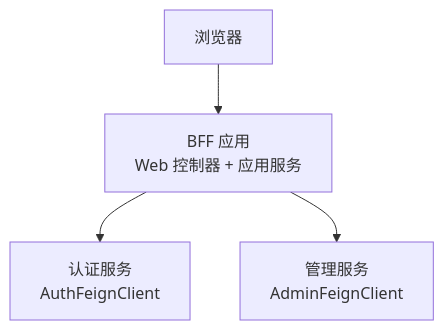
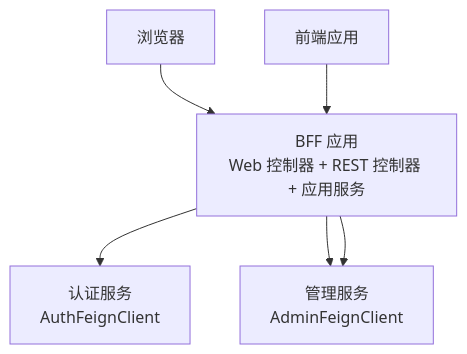
Before and after one commit to fq0121104930716/iam-platform: the second of 7 diagrams in .qoder/repowiki/zh/content/核心模块/前端代理服务器 (iam-bff-server).md, drawn with Mermaid. The commit also changed other lines of this file and 75 other files, not shown here.

````diff
--- a/.qoder/repowiki/zh/content/核心模块/前端代理服务器 (iam-bff-server).md
+++ b/.qoder/repowiki/zh/content/核心模块/前端代理服务器 (iam-bff-server).md
@@ -120,10 +147,13 @@
 ```mermaid
 graph TB
 Browser["浏览器"]
-BFF["BFF 应用<br/>Web 控制器 + 应用服务"]
+FrontendApp["前端应用"]
+BFF["BFF 应用<br/>Web 控制器 + REST 控制器 + 应用服务"]
 AuthSvc["认证服务<br/>AuthFeignClient"]
 AdminSvc["管理服务<br/>AdminFeignClient"]
 Browser --> BFF
+FrontendApp --> BFF
 BFF --> AuthSvc
 BFF --> AdminSvc
+BFF --> AdminSvc
 ```
````
